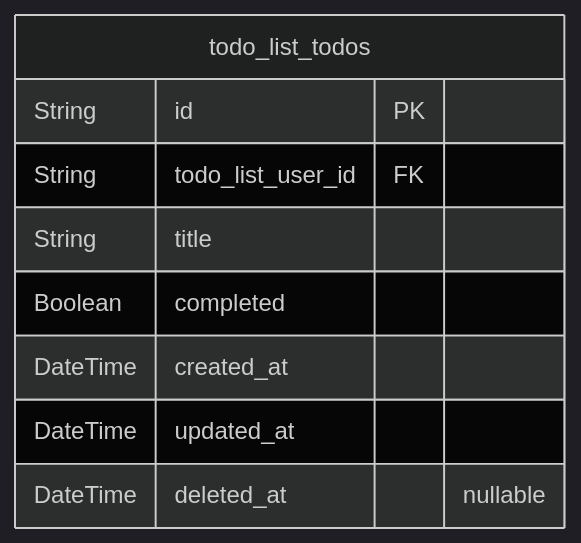
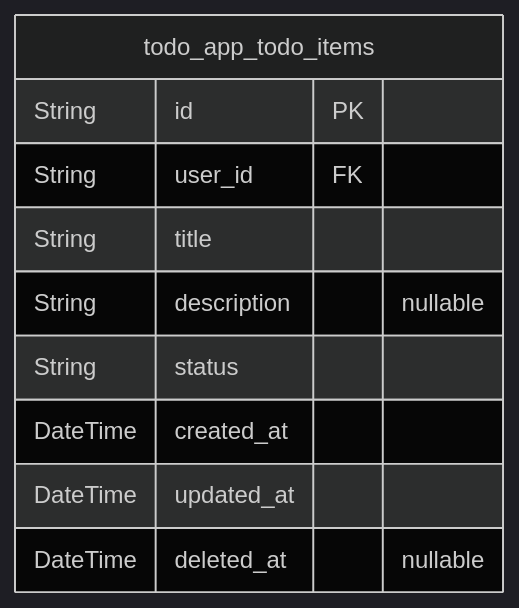
Before and after one commit to wrtnlabs/autobe-examples: the third of 3 diagrams in qwen/qwen3-next-80b-a3b-instruct/todo/docs/ERD.md, drawn with Mermaid (dark theme). The commit also changed other lines of this file and 4047 other files, not shown here.

````diff
--- a/qwen/qwen3-next-80b-a3b-instruct/todo/docs/ERD.md
+++ b/qwen/qwen3-next-80b-a3b-instruct/todo/docs/ERD.md
@@ -617,12 +522,13 @@
 ```mermaid
 erDiagram
-"todo_list_todos" {
+"todo_app_todo_items" {
   String id PK
-  String todo_list_user_id FK
+  String user_id FK
   String title
-  Boolean completed
+  String description "nullable"
+  String status
   DateTime created_at
   DateTime updated_at
   DateTime deleted_at "nullable"
 }
 ```
````
